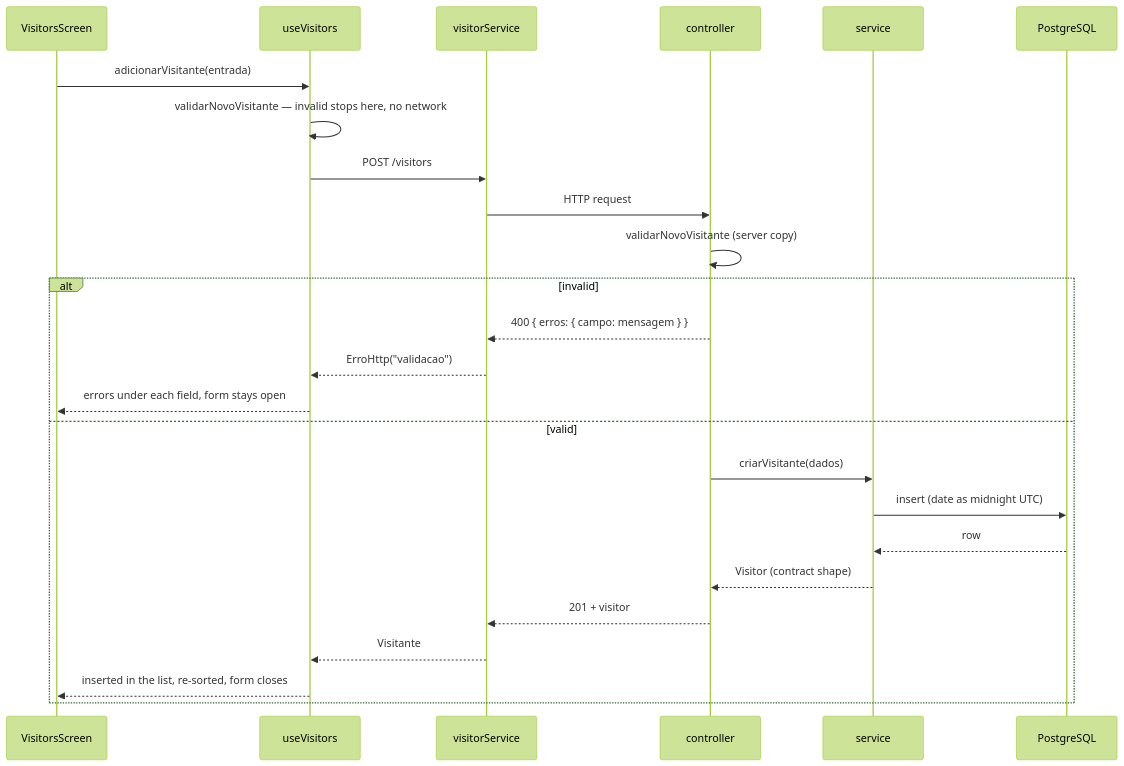
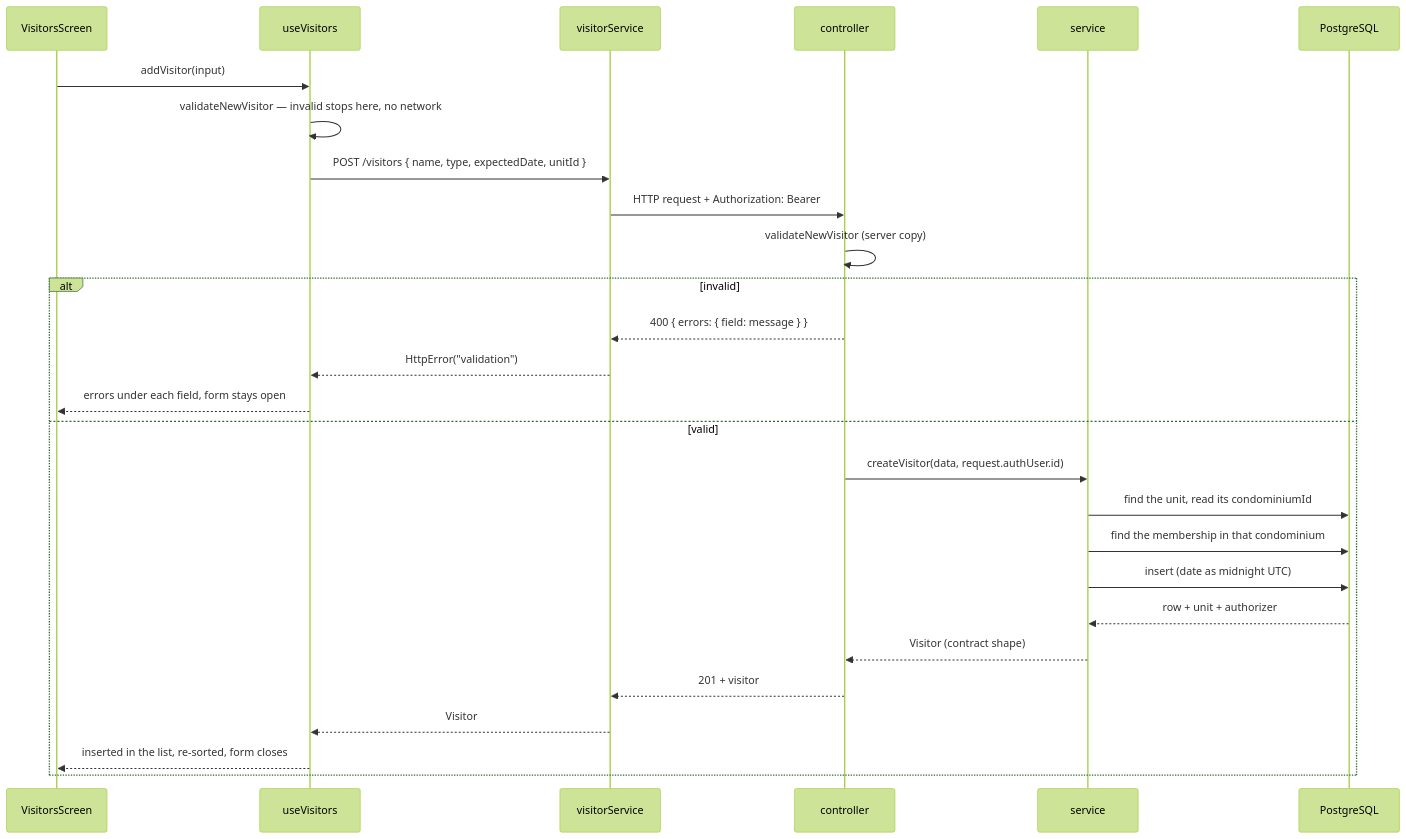
Before and after one commit to devfilip1/Condfy: the second of 2 diagrams in docs/architecture.md, drawn with Mermaid (forest theme). The commit also changed other lines of this file and 7 other files, not shown here.

````diff
--- a/docs/architecture.md
+++ b/docs/architecture.md
@@ -124,28 +124,30 @@
 ```mermaid
 sequenceDiagram
     participant S as VisitorsScreen
     participant H as useVisitors
     participant Svc as visitorService
     participant C as controller
     participant Sv as service
     participant DB as PostgreSQL
 
-    S->>H: adicionarVisitante(entrada)
-    H->>H: validarNovoVisitante — invalid stops here, no network
-    H->>Svc: POST /visitors
-    Svc->>C: HTTP request
-    C->>C: validarNovoVisitante (server copy)
+    S->>H: addVisitor(input)
+    H->>H: validateNewVisitor — invalid stops here, no network
+    H->>Svc: POST /visitors { name, type, expectedDate, unitId }
+    Svc->>C: HTTP request + Authorization: Bearer
+    C->>C: validateNewVisitor (server copy)
     alt invalid
-        C-->>Svc: 400 { erros: { campo: mensagem } }
-        Svc-->>H: ErroHttp("validacao")
+        C-->>Svc: 400 { errors: { field: message } }
+        Svc-->>H: HttpError("validation")
         H-->>S: errors under each field, form stays open
     else valid
-        C->>Sv: criarVisitante(dados)
+        C->>Sv: createVisitor(data, request.authUser.id)
+        Sv->>DB: find the unit, read its condominiumId
+        Sv->>DB: find the membership in that condominium
         Sv->>DB: insert (date as midnight UTC)
-        DB-->>Sv: row
+        DB-->>Sv: row + unit + authorizer
         Sv-->>C: Visitor (contract shape)
         C-->>Svc: 201 + visitor
-        Svc-->>H: Visitante
+        Svc-->>H: Visitor
         H-->>S: inserted in the list, re-sorted, form closes
     end
 ```
````
